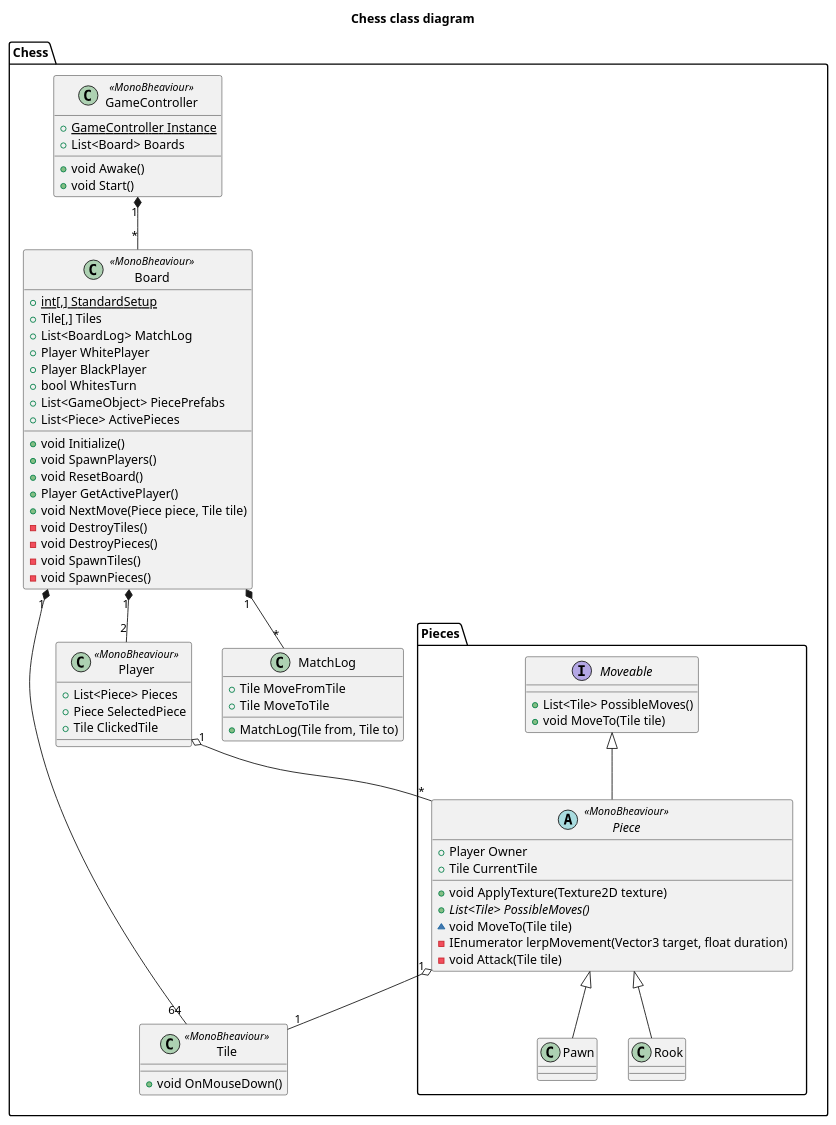
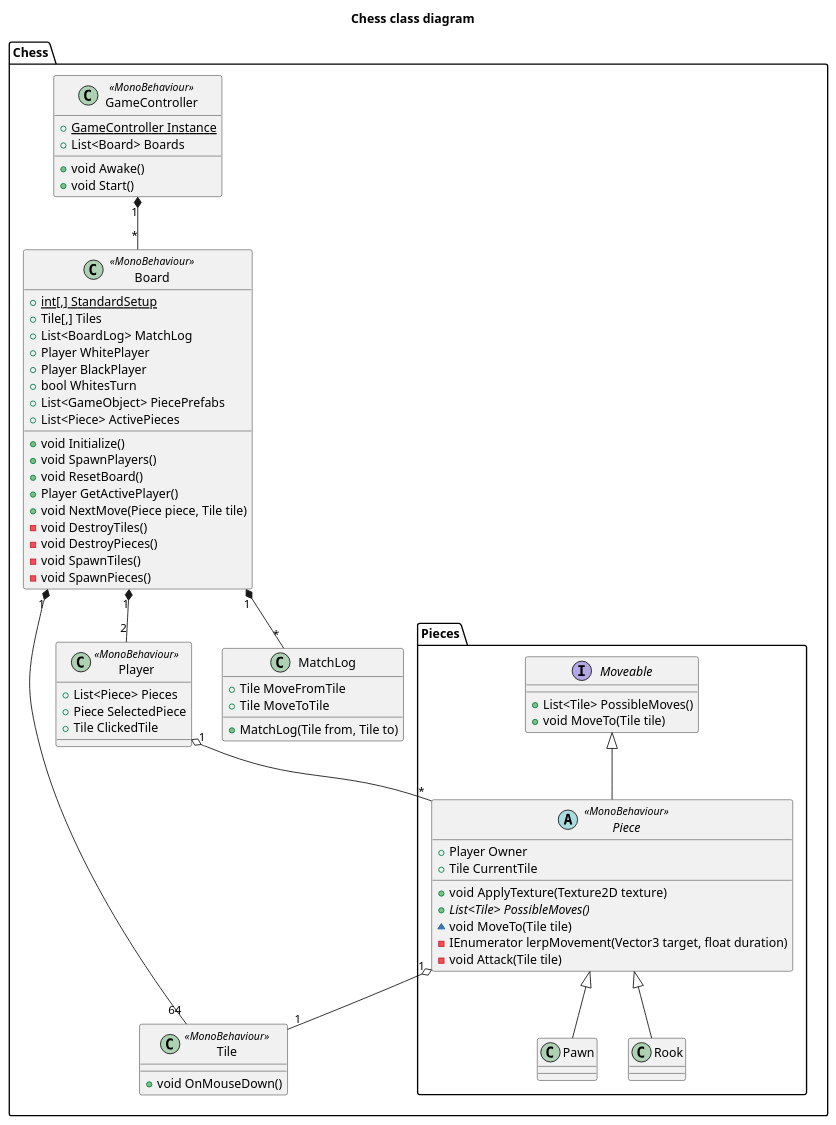
One commit to mjesper90/Network changed the diagram in Assets/Docs/C4/Tier4/Chess/Chess.puml. Above: the diagram before and after it, drawn with PlantUML. The commit also changed 3 other files, not shown here.

```diff
--- a/Assets/Docs/C4/Tier4/Chess/Chess.puml
+++ b/Assets/Docs/C4/Tier4/Chess/Chess.puml
@@ -1,82 +1,82 @@
 @startuml Chess class diagram
 
 title Chess class diagram
 
 namespace Chess {
-    class GameController <<MonoBheaviour>>{
+    class GameController <<MonoBehaviour>>{
         + {static} GameController Instance
         + List<Board> Boards
         + void Awake()
         + void Start()
     }
 
     class MatchLog{
         + Tile MoveFromTile
         + Tile MoveToTile
         + MatchLog(Tile from, Tile to)
     }
 
-    class Board <<MonoBheaviour>> {
+    class Board <<MonoBehaviour>> {
         + {static} int[,] StandardSetup
         + Tile[,] Tiles
         + List<BoardLog> MatchLog
         + Player WhitePlayer
         + Player BlackPlayer
         + bool WhitesTurn
         + List<GameObject> PiecePrefabs
         + List<Piece> ActivePieces
         + void Initialize()
         + void SpawnPlayers()
         + void ResetBoard()
         + Player GetActivePlayer()
         + void NextMove(Piece piece, Tile tile)
         - void DestroyTiles()
         - void DestroyPieces()
         - void SpawnTiles()
         - void SpawnPieces()
     }
 
-    class Tile <<MonoBheaviour>>{
+    class Tile <<MonoBehaviour>>{
         + void OnMouseDown()
     }
 
-    class Player <<MonoBheaviour>> {
+    class Player <<MonoBehaviour>> {
         + List<Piece> Pieces
         + Piece SelectedPiece
         + Tile ClickedTile
     }
 
     namespace Pieces {
         interface Moveable {
             + List<Tile> PossibleMoves()
             + void MoveTo(Tile tile)
         }
-        abstract class Piece <<MonoBheaviour>> {
+        abstract class Piece <<MonoBehaviour>> {
             + Player Owner
             + Tile CurrentTile
             + void ApplyTexture(Texture2D texture)
             + {abstract} List<Tile> PossibleMoves()
             ~ void MoveTo(Tile tile)
             - IEnumerator lerpMovement(Vector3 target, float duration)
             - void Attack(Tile tile)
         }
 
         class Pawn {}
         class Rook {}
     }
 
 }
 
 Chess.GameController "1" *-- "*" Chess.Board
 Chess.Board "1" *-- "64" Chess.Tile
 Chess.Board "1" *-- "*" Chess.MatchLog
 Chess.Board "1" *-- "2" Chess.Player
 Chess.Player "1" o-- "*" Chess.Pieces.Piece
 Chess.Pieces.Piece "1" o-- "1" Chess.Tile
 
 Chess.Pieces.Piece -up-|> Chess.Pieces.Moveable
 Chess.Pieces.Piece <|-- Chess.Pieces.Pawn
 Chess.Pieces.Piece <|-- Chess.Pieces.Rook
 
 
 @enduml
```
